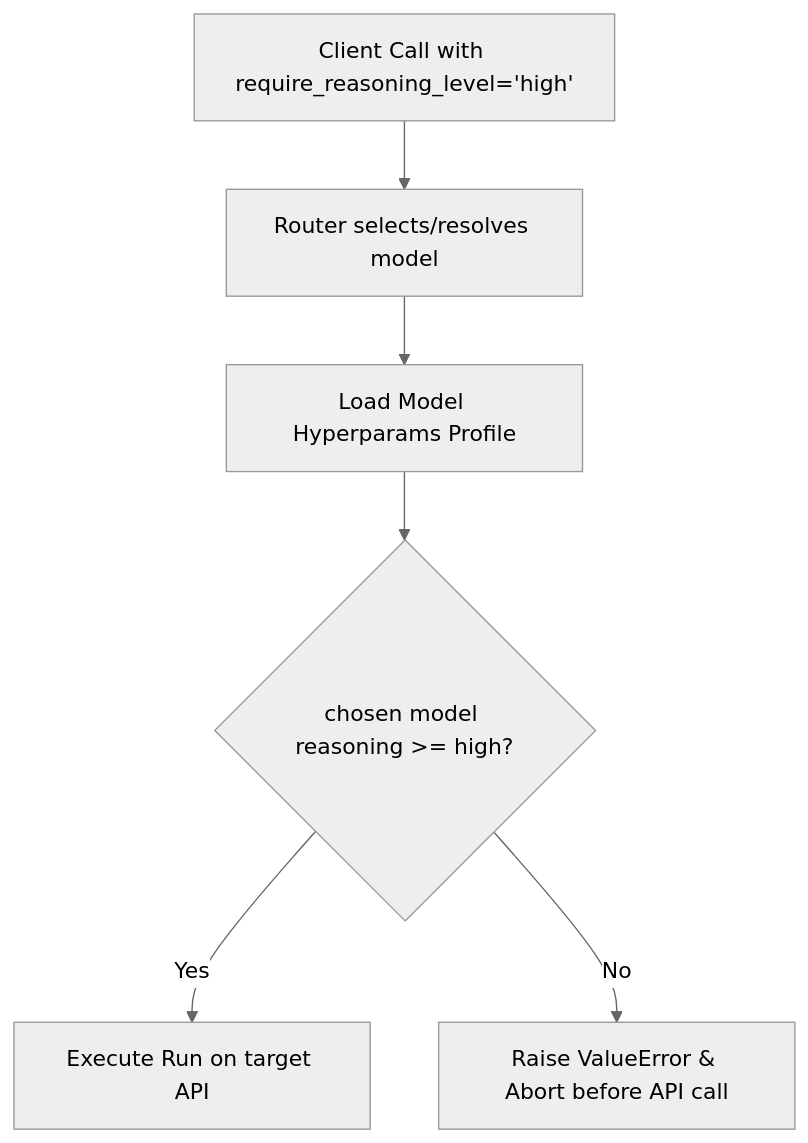
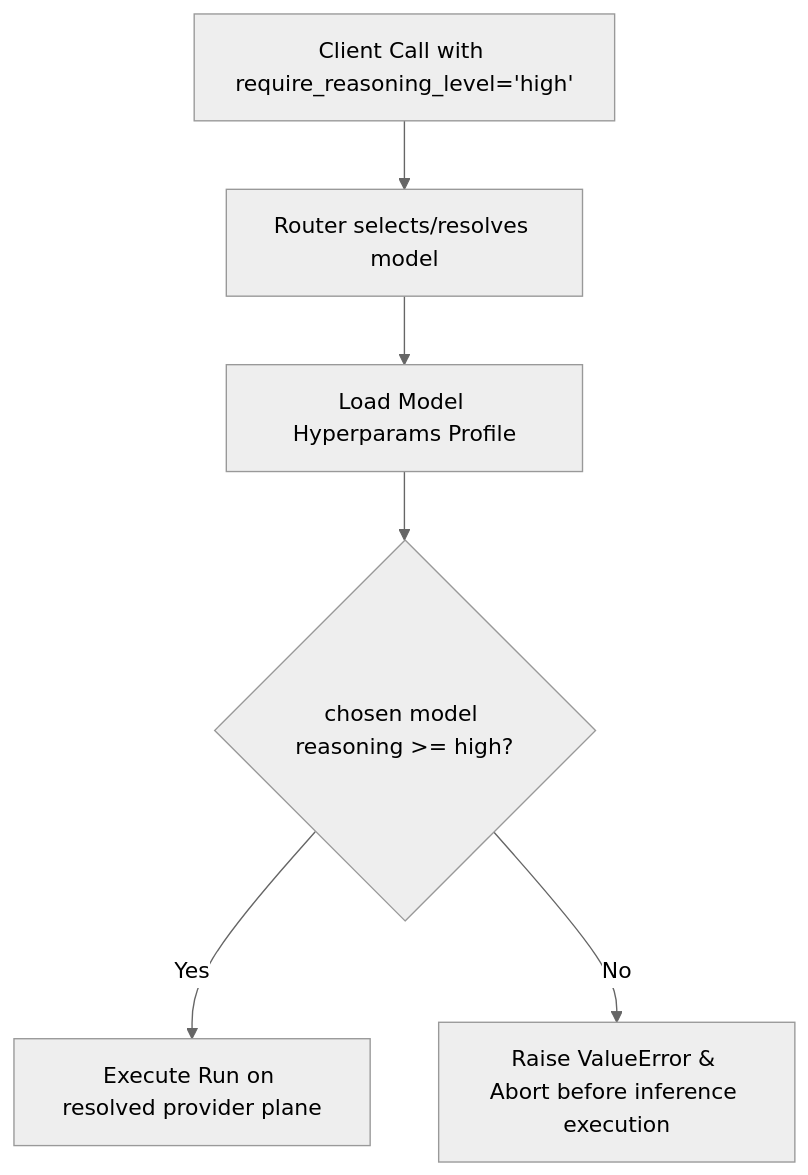
Before and after one commit to djtelicloud/grok-mcp-server: the diagram in sites/unigrok-control-center/public/docs/okf/reasoning-guard.md, drawn with Mermaid (neutral theme). The commit also changed other lines of this file and 45 other files, not shown here.

````diff
--- a/sites/unigrok-control-center/public/docs/okf/reasoning-guard.md
+++ b/sites/unigrok-control-center/public/docs/okf/reasoning-guard.md
@@ -29,8 +48,8 @@
 ```mermaid
 graph TD
     A[Client Call with require_reasoning_level='high'] --> B[Router selects/resolves model]
     B --> C[Load Model Hyperparams Profile]
     C --> D{chosen model reasoning >= high?}
-    D -- Yes --> E[Execute Run on target API]
-    D -- No --> F[Raise ValueError & Abort before API call]
+    D -- Yes --> E[Execute Run on resolved provider plane]
+    D -- No --> F[Raise ValueError & Abort before inference execution]
 ```
````
